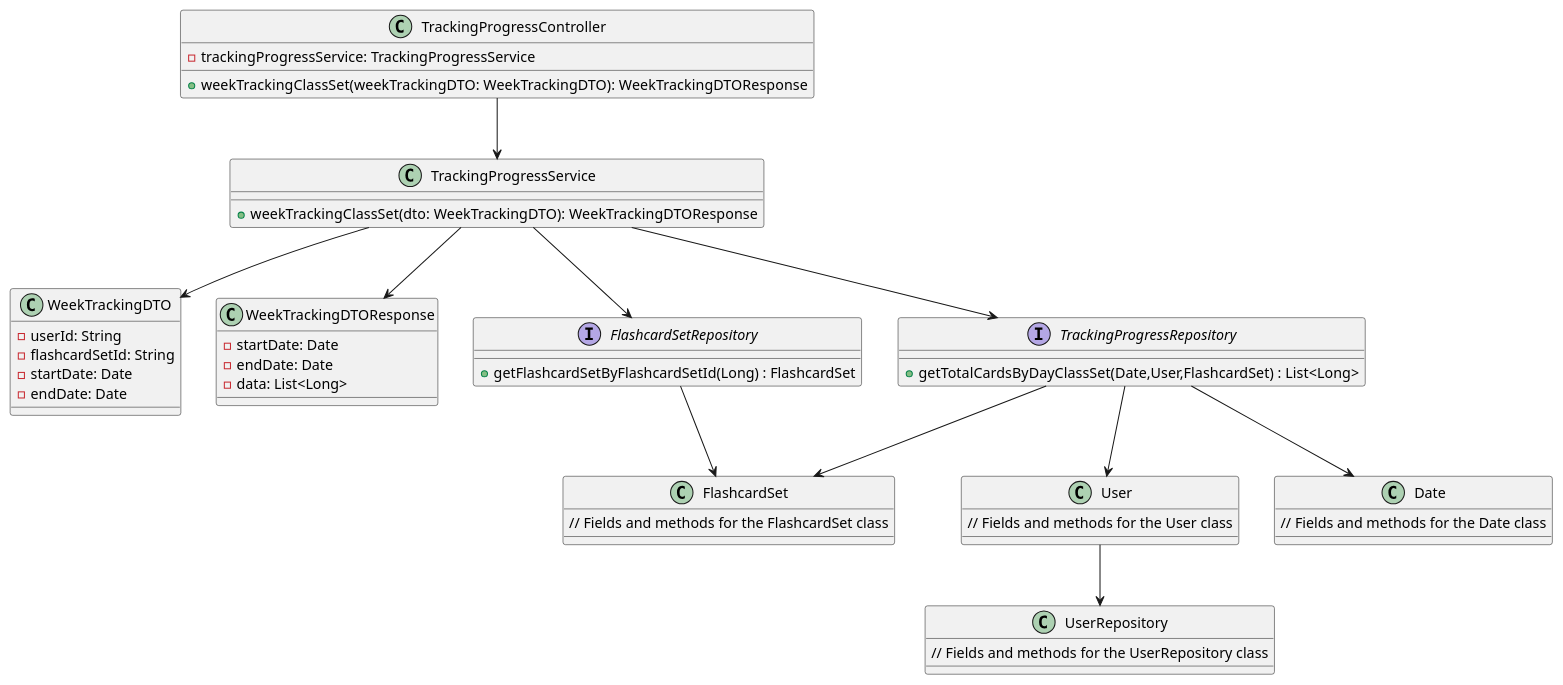
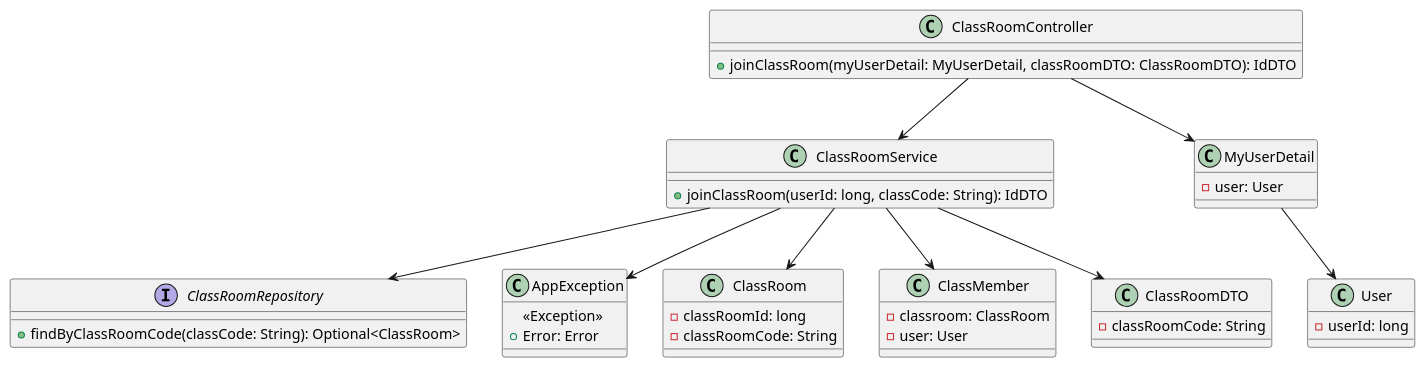
Before and after one commit to zzquocngaozz/JFlashcard: the diagram in PackageDiagram.puml, drawn with PlantUML. The commit also changed 3 other files, not shown here.

```diff
--- a/PackageDiagram.puml
+++ b/PackageDiagram.puml
@@ -1,62 +1,51 @@
 @startuml
 
-class TrackingProgressController {
-    - trackingProgressService: TrackingProgressService
-    + weekTrackingClassSet(weekTrackingDTO: WeekTrackingDTO): WeekTrackingDTOResponse
+class ClassRoomController {
+  + joinClassRoom(myUserDetail: MyUserDetail, classRoomDTO: ClassRoomDTO): IdDTO
 }
 
-class TrackingProgressService {
-    + weekTrackingClassSet(dto: WeekTrackingDTO): WeekTrackingDTOResponse
+class ClassRoomService {
+  + joinClassRoom(userId: long, classCode: String): IdDTO
 }
 
-class WeekTrackingDTO {
-    - userId: String
-    - flashcardSetId: String
-    - startDate: Date
-    - endDate: Date
+interface ClassRoomRepository {
+  + findByClassRoomCode(classCode: String): Optional<ClassRoom>
 }
 
-class WeekTrackingDTOResponse {
-    - startDate: Date
-    - endDate: Date
-    - data: List<Long>
+class AppException {
+  <<Exception>>
+  + Error: Error
+}
+
+class ClassRoom {
+  - classRoomId: long
+  - classRoomCode: String
+}
+
+class ClassMember {
+  - classroom: ClassRoom
+  - user: User
 }
 
 class User {
-    // Fields and methods for the User class
+  - userId: long
 }
 
-class FlashcardSet {
-    // Fields and methods for the FlashcardSet class
+class ClassRoomDTO {
+  - classRoomCode: String
 }
 
 
-
-class Date {
-    // Fields and methods for the Date class
+class MyUserDetail {
+  - user: User
 }
 
-class UserRepository {
-    // Fields and methods for the UserRepository class
-}
-
-interface FlashcardSetRepository {
-    + getFlashcardSetByFlashcardSetId(Long) : FlashcardSet
-}
-
-interface TrackingProgressRepository {
-    + getTotalCardsByDayClassSet(Date,User,FlashcardSet) : List<Long>
-}
-
-TrackingProgressController --> TrackingProgressService
-TrackingProgressService --> WeekTrackingDTO
-TrackingProgressService --> WeekTrackingDTOResponse
-TrackingProgressService --> TrackingProgressRepository
-TrackingProgressService --> FlashcardSetRepository
-User --> UserRepository
-FlashcardSetRepository -->FlashcardSet
-TrackingProgressRepository --> Date
-TrackingProgressRepository --> User
-TrackingProgressRepository --> FlashcardSet
-
+ClassRoomController --> ClassRoomService
+ClassRoomService --> ClassRoomRepository
+ClassRoomService --> AppException
+ClassRoomService --> ClassMember
+ClassRoomService --> ClassRoomDTO
+ClassRoomService --> ClassRoom
+ClassRoomController --> MyUserDetail
+MyUserDetail --> User
 @enduml
```
